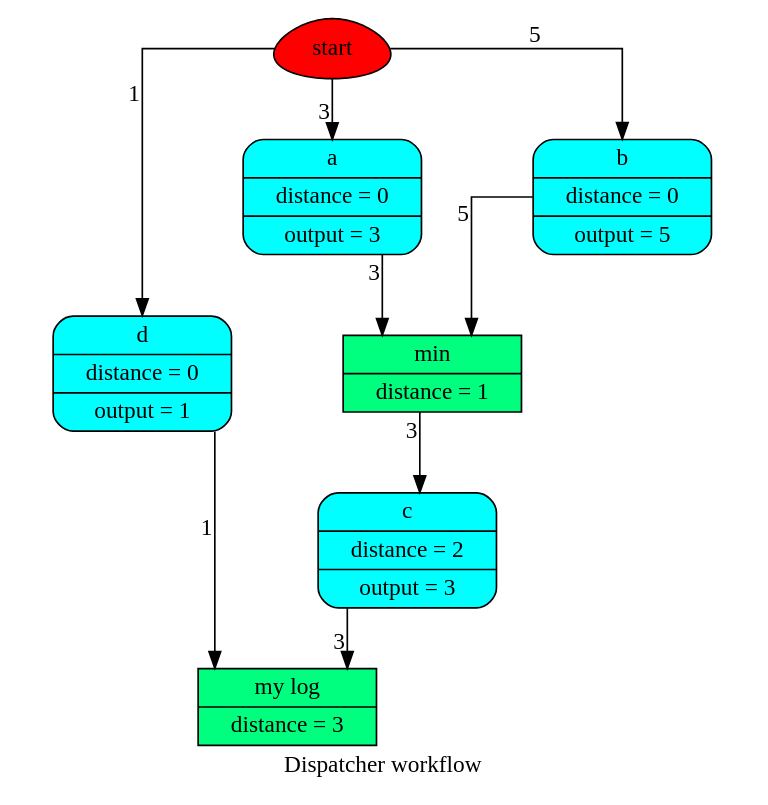
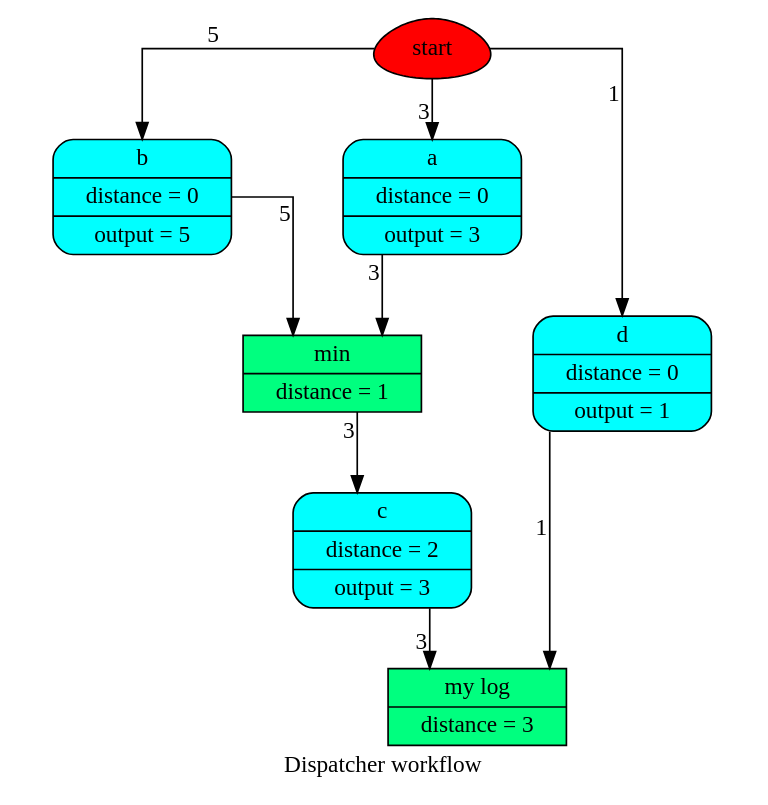
One commit to vinci1it2000/schedula changed the diagram in doc/source/dispatcher/__init__/dispatch/wf3.dot. Above: the diagram before and after it, drawn with Graphviz. The commit also changed 25 other files, not shown here.

```diff
--- a/doc/source/dispatcher/__init__/dispatch/wf3.dot
+++ b/doc/source/dispatcher/__init__/dispatch/wf3.dot
@@ -1,21 +1,21 @@
 digraph Dispatcher {
 	graph [ratio=1]
 	node [style=filled]
+	splines = ortho
 	label = "Dispatcher workflow"
-	splines = ortho
-		Dispatcher_4373713328 [label=start fillcolor=red shape=egg]
-		Dispatcher_7813220925901612792 [label="{ c | distance = 2 | output = 3 }" fillcolor=cyan shape=Mrecord]
-		"Dispatcher_-6038867426217595374" [label="{ d | distance = 0 | output = 1 }" fillcolor=cyan shape=Mrecord]
-		"Dispatcher_-6776210645888712586" [label="{ a | distance = 0 | output = 3 }" fillcolor=cyan shape=Mrecord]
-		Dispatcher_3634755706586891528 [label="{ b | distance = 0 | output = 5 }" fillcolor=cyan shape=Mrecord]
-		Dispatcher_1837914437199687209 [label="{ my log | distance = 3 }" fillcolor=springgreen shape=record]
-		Dispatcher_6095593865617532491 [label="{ min | distance = 1 }" fillcolor=springgreen shape=record]
-			Dispatcher_4373713328 -> Dispatcher_3634755706586891528 [xlabel=5]
-			Dispatcher_4373713328 -> "Dispatcher_-6038867426217595374" [xlabel=1]
-			Dispatcher_4373713328 -> "Dispatcher_-6776210645888712586" [xlabel=3]
-			Dispatcher_7813220925901612792 -> Dispatcher_1837914437199687209 [xlabel=3]
-			"Dispatcher_-6038867426217595374" -> Dispatcher_1837914437199687209 [xlabel=1]
-			"Dispatcher_-6776210645888712586" -> Dispatcher_6095593865617532491 [xlabel=3]
-			Dispatcher_3634755706586891528 -> Dispatcher_6095593865617532491 [xlabel=5]
-			Dispatcher_6095593865617532491 -> Dispatcher_7813220925901612792 [xlabel=3]
+		Dispatcher_4373643456 [label=start fillcolor=red shape=egg]
+		Dispatcher_2822803944687601939 [label="{ my log | distance = 3 }" fillcolor=springgreen shape=record]
+		Dispatcher_8642698689935103924 [label="{ c | distance = 2 | output = 3 }" fillcolor=cyan shape=Mrecord]
+		Dispatcher_4091537378154039687 [label="{ b | distance = 0 | output = 5 }" fillcolor=cyan shape=Mrecord]
+		"Dispatcher_-5410480096546471463" [label="{ min | distance = 1 }" fillcolor=springgreen shape=record]
+		"Dispatcher_-1841214044933314468" [label="{ a | distance = 0 | output = 3 }" fillcolor=cyan shape=Mrecord]
+		"Dispatcher_-4429513020801161489" [label="{ d | distance = 0 | output = 1 }" fillcolor=cyan shape=Mrecord]
+			Dispatcher_4373643456 -> "Dispatcher_-4429513020801161489" [xlabel=1]
+			Dispatcher_4373643456 -> "Dispatcher_-1841214044933314468" [xlabel=3]
+			Dispatcher_4373643456 -> Dispatcher_4091537378154039687 [xlabel=5]
+			Dispatcher_8642698689935103924 -> Dispatcher_2822803944687601939 [xlabel=3]
+			Dispatcher_4091537378154039687 -> "Dispatcher_-5410480096546471463" [xlabel=5]
+			"Dispatcher_-5410480096546471463" -> Dispatcher_8642698689935103924 [xlabel=3]
+			"Dispatcher_-1841214044933314468" -> "Dispatcher_-5410480096546471463" [xlabel=3]
+			"Dispatcher_-4429513020801161489" -> Dispatcher_2822803944687601939 [xlabel=1]
 }
```
